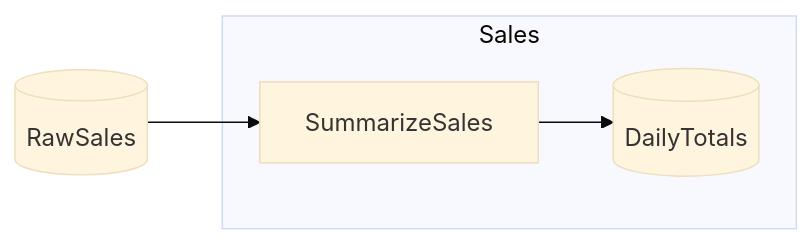
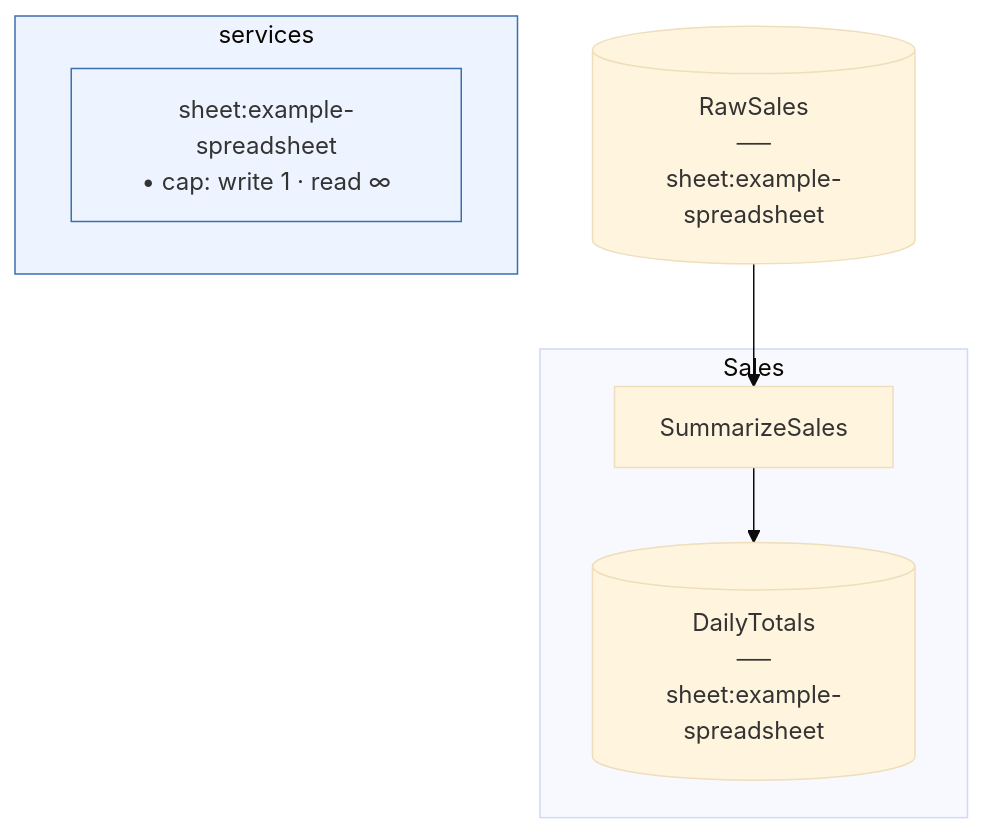
Before and after one commit to chaoticgoodcomputing/flowthru: the diagram in examples/starter/GoogleSheets/README.md, drawn with Mermaid (base theme). The commit also changed other lines of this file and 18 other files, not shown here.

````diff
--- a/examples/starter/GoogleSheets/README.md
+++ b/examples/starter/GoogleSheets/README.md
@@ -89,15 +89,24 @@
 ```mermaid
-flowchart LR
+flowchart TB
 
     %% External Data Inputs
-    RawSales[("RawSales")]
+    RawSales[("RawSales<br>──<br>sheet:example-spreadsheet")]
 
     subgraph Sales["Sales"]
         SummarizeSales["SummarizeSales"]
-        DailyTotals[("DailyTotals")]
+        DailyTotals[("DailyTotals<br>──<br>sheet:example-spreadsheet")]
     end
+
+    %% Service legend
+    subgraph service_legend["services"]
+        svc_sheets_example_spreadsheet["sheet:example-spreadsheet<br>• cap: write 1 · read ∞"]
+    end
+    style service_legend fill:#EEF4FF,stroke:#3B6FB0
+    classDef serviceNode fill:#EEF4FF,stroke:#3B6FB0
+    class svc_sheets_example_spreadsheet serviceNode
 
     %% Edges
     RawSales --> SummarizeSales
     SummarizeSales --> DailyTotals
+
 ```
````
